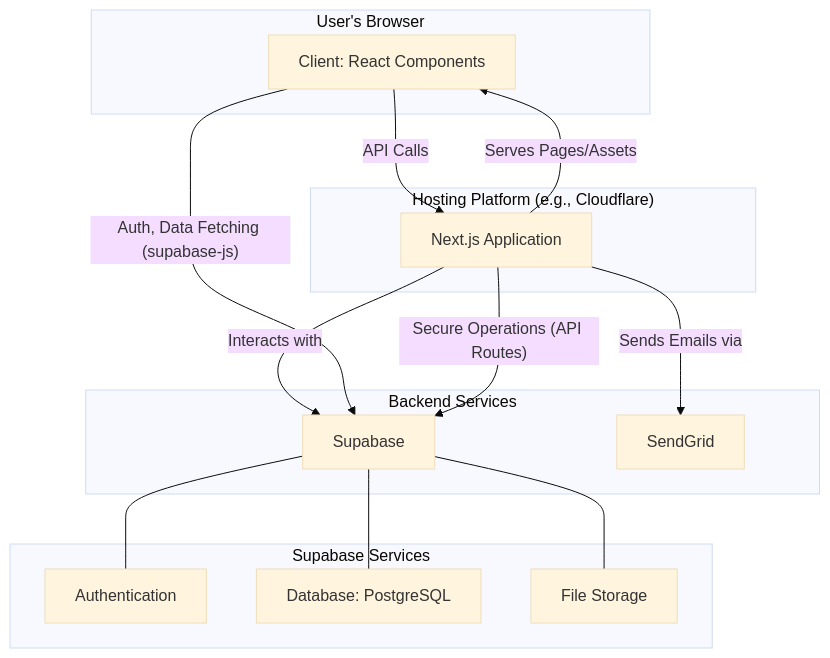
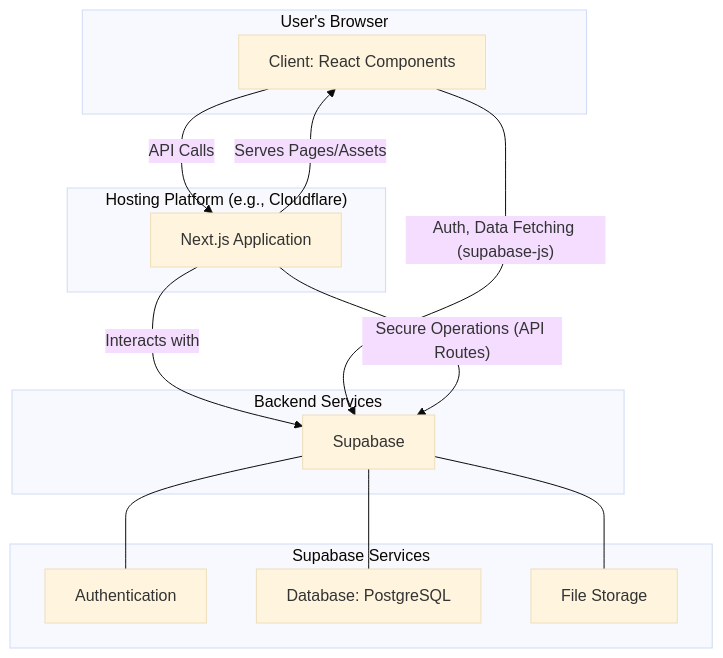
The first of 2 diagrams in README.md (edurgr/headsport-hub), drawn with Mermaid (base theme) before and after one commit. The commit also changed other lines of this file and 56 other files, not shown here.

````diff
--- a/README.md
+++ b/README.md
@@ -161,33 +161,32 @@
 ```mermaid
 graph TD
     subgraph "User's Browser"
         A[Client: React Components]
     end
 
     subgraph "Hosting Platform (e.g., Cloudflare)"
         B[Next.js Application]
         B -- Serves Pages/Assets --> A
         A -- API Calls --> B
     end
 
     subgraph "Backend Services"
         C[Supabase]
-        D[SendGrid]
     end
 
     B -- Interacts with --> C
-    B -- Sends Emails via --> D
+    
 
     subgraph "Supabase Services"
         C_Auth[Authentication]
         C_DB[Database: PostgreSQL]
         C_Storage[File Storage]
     end
 
     C --- C_Auth
     C --- C_DB
     C --- C_Storage
 
     A -- "Auth, Data Fetching (supabase-js)" --> C
     B -- "Secure Operations (API Routes)" --> C
 ```
````
